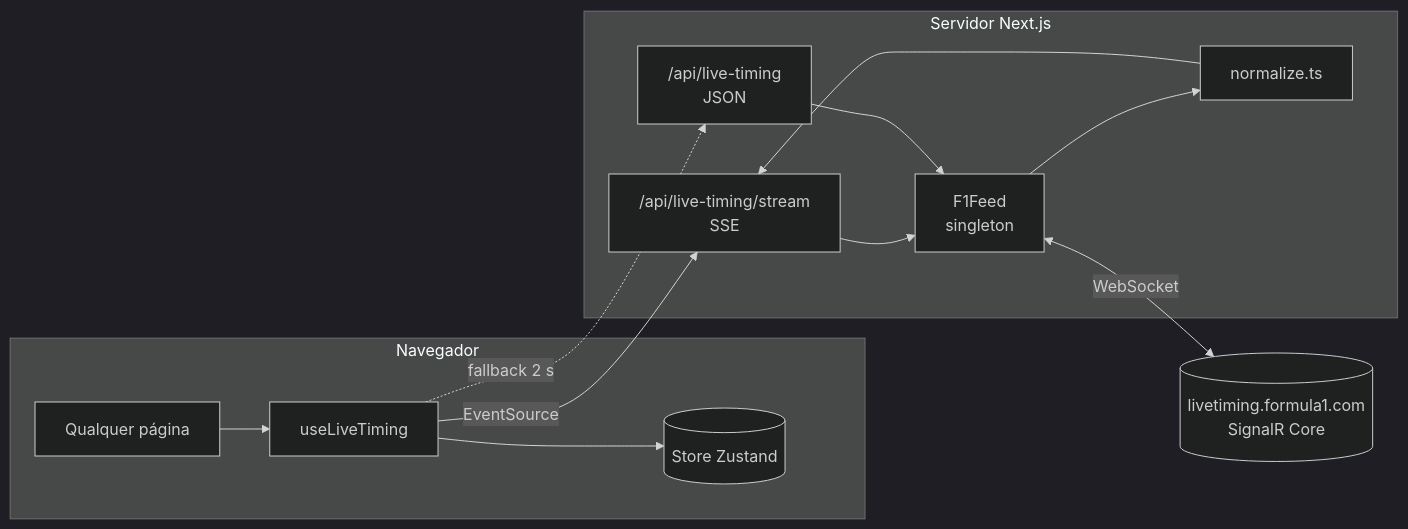
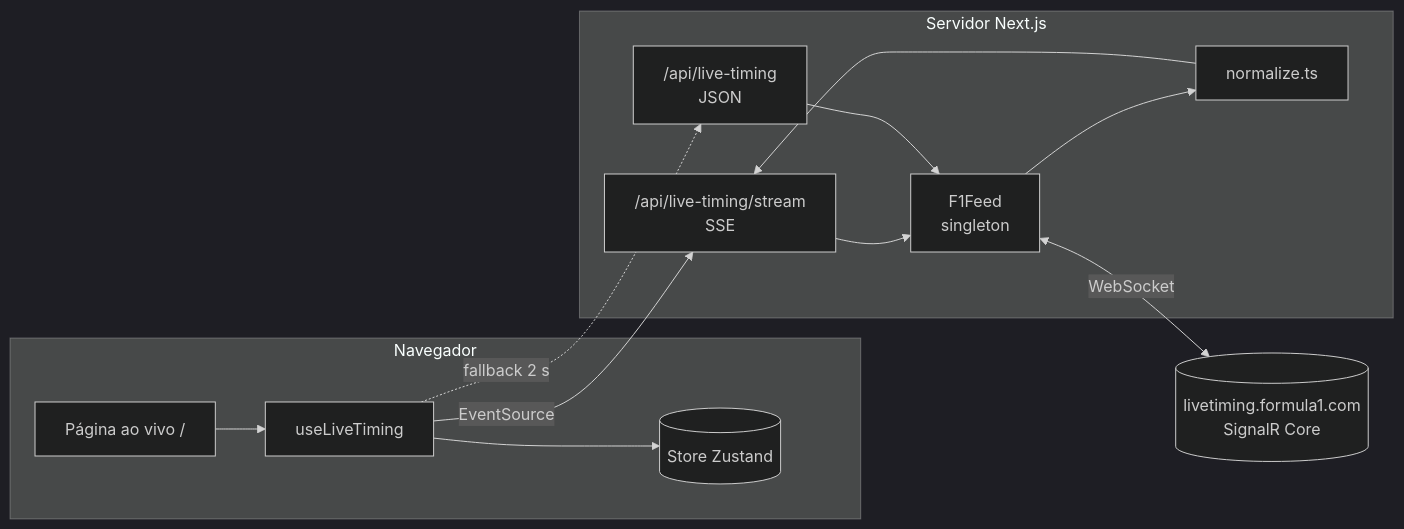
One commit to AngeloBraga12/Live-Time changed the first of 2 diagrams in README.md. Above: the diagram before and after it, drawn with Mermaid (dark theme). The commit also changed other lines of this file and 47 other files, not shown here.

````diff
--- a/README.md
+++ b/README.md
@@ -51,21 +51,21 @@
 ```mermaid
 flowchart LR
     subgraph Navegador
-        P[Qualquer página] --> H[useLiveTiming]
+        P[Página ao vivo /] --> H[useLiveTiming]
         H --> Z[(Store Zustand)]
     end
     subgraph Servidor Next.js
         S["/api/live-timing/stream<br/>SSE"]
         J["/api/live-timing<br/>JSON"]
         F[F1Feed<br/>singleton]
         N[normalize.ts]
     end
     L[(livetiming.formula1.com<br/>SignalR Core)]
 
     H -- EventSource --> S
     H -. fallback 2 s .-> J
     S --> F
     J --> F
     F <-- WebSocket --> L
     F --> N --> S
 ```
````
